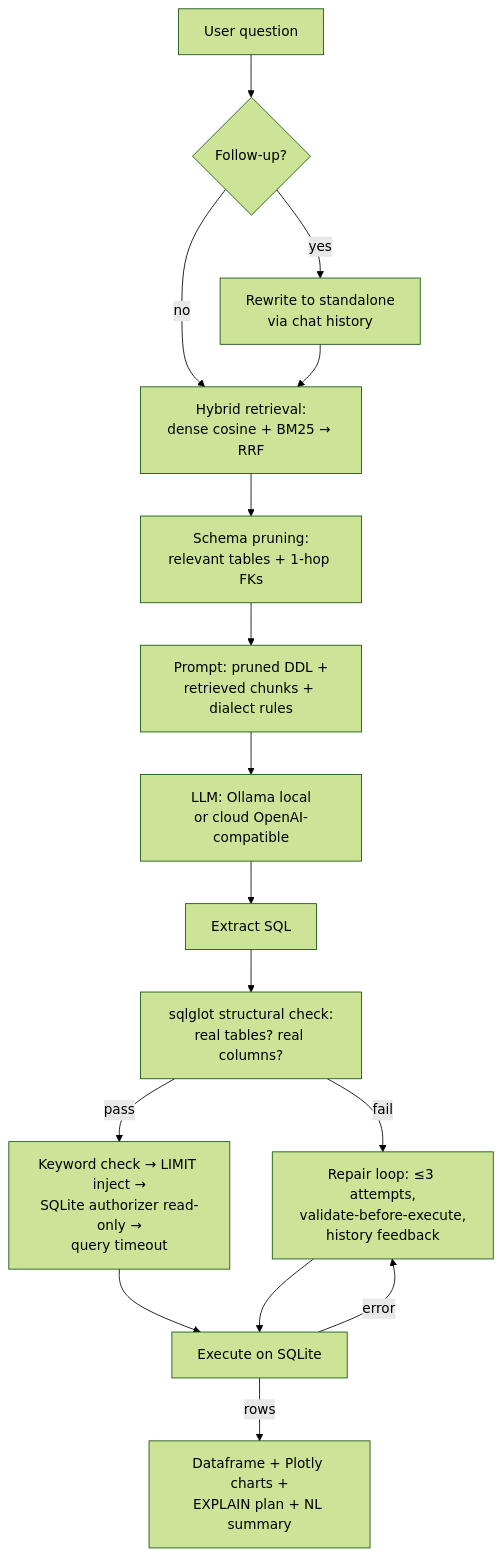
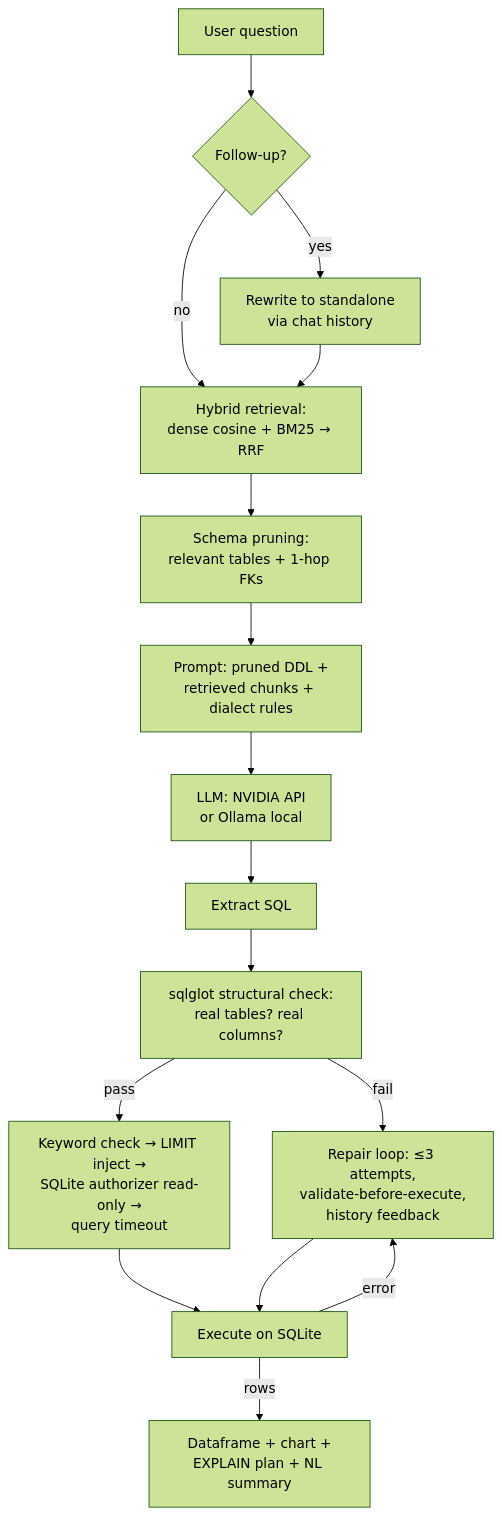
Before and after one commit to OsamaZaidi75/sql-rag: the second of 2 diagrams in README.md, drawn with Mermaid (forest theme). The commit also changed other lines of this file and 22 other files, not shown here.

Commit message:
feat: React + FastAPI rebuild of SQL RAG Studio (NVIDIA LLM, Docker)

````diff
--- a/README.md
+++ b/README.md
@@ -63,18 +162,18 @@
 ```mermaid
 flowchart TD
     Q[User question] --> RW{Follow-up?}
     RW -->|yes| REWR[Rewrite to standalone\nvia chat history]
     RW -->|no| RET
     REWR --> RET[Hybrid retrieval:\ndense cosine + BM25 → RRF]
     RET --> PRUNE[Schema pruning:\nrelevant tables + 1-hop FKs]
     PRUNE --> PROMPT[Prompt: pruned DDL +\nretrieved chunks + dialect rules]
-    PROMPT --> LLM[LLM: Ollama local\nor cloud OpenAI-compatible]
+    PROMPT --> LLM[LLM: NVIDIA API\nor Ollama local]
     LLM --> EXT[Extract SQL]
     EXT --> STRUCT[sqlglot structural check:\nreal tables? real columns?]
     STRUCT -->|fail| REPAIR
     STRUCT -->|pass| SAFE[Keyword check → LIMIT inject →\nSQLite authorizer read-only →\nquery timeout]
     SAFE --> EXEC[Execute on SQLite]
     EXEC -->|error| REPAIR[Repair loop: ≤3 attempts,\nvalidate-before-execute,\nhistory feedback]
     REPAIR --> EXEC
-    EXEC -->|rows| VIZ[Dataframe + Plotly charts +\nEXPLAIN plan + NL summary]
+    EXEC -->|rows| VIZ[Dataframe + chart +\nEXPLAIN plan + NL summary]
 ```
````
